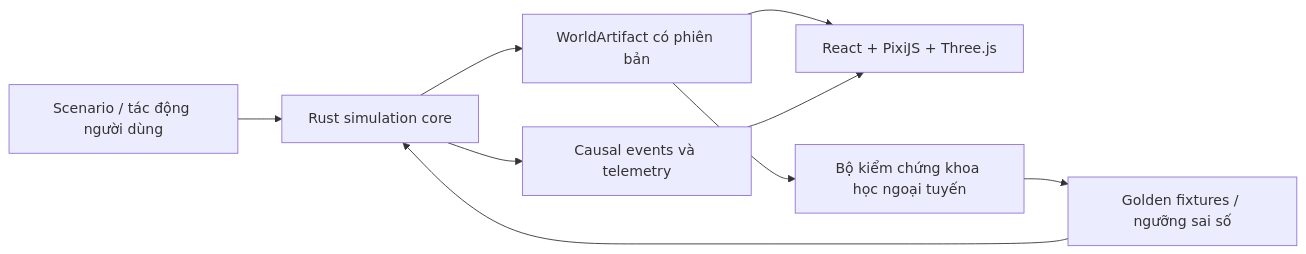
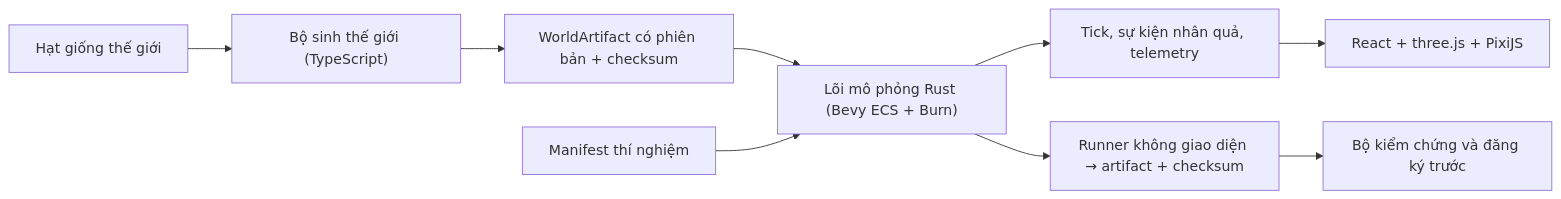
The diagram in README.md (DuongNAD/Anima-Engine), drawn with Mermaid before and after one commit. The commit also changed other lines of this file and 3 other files, not shown here.

````diff
--- a/README.md
+++ b/README.md
@@ -64,11 +122,11 @@
 ```mermaid
 flowchart LR
-    I["Scenario / tác động người dùng"] --> R["Rust simulation core"]
-    R --> A["WorldArtifact có phiên bản"]
-    A --> U["React + PixiJS + Three.js"]
-    R --> E["Causal events và telemetry"]
-    E --> U
-    A --> O["Bộ kiểm chứng khoa học ngoại tuyến"]
-    O --> G["Golden fixtures / ngưỡng sai số"]
-    G --> R
+    S["Hạt giống thế giới"] --> W["Bộ sinh thế giới (TypeScript)"]
+    W --> A["WorldArtifact có phiên bản + checksum"]
+    A --> R["Lõi mô phỏng Rust (Bevy ECS + Burn)"]
+    M["Manifest thí nghiệm"] --> R
+    R --> T["Tick, sự kiện nhân quả, telemetry"]
+    T --> U["React + three.js + PixiJS"]
+    R --> X["Runner không giao diện → artifact + checksum"]
+    X --> V["Bộ kiểm chứng và đăng ký trước"]
 ```
````
